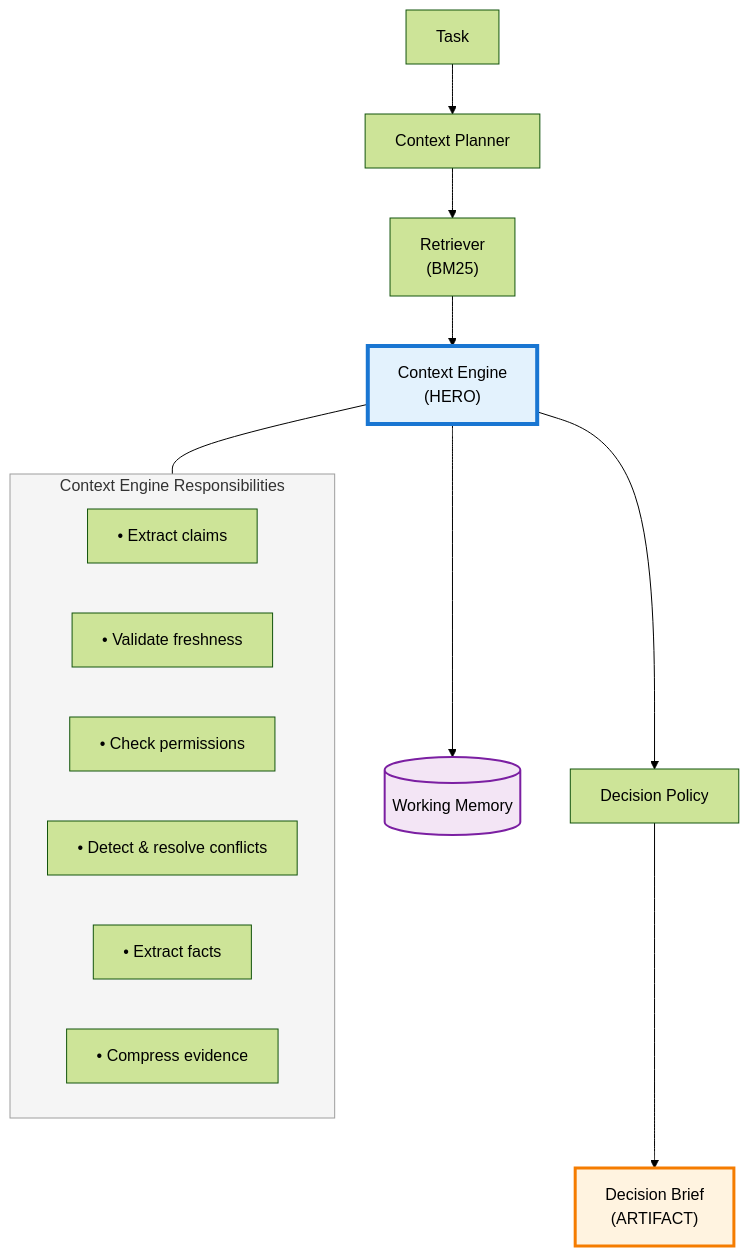
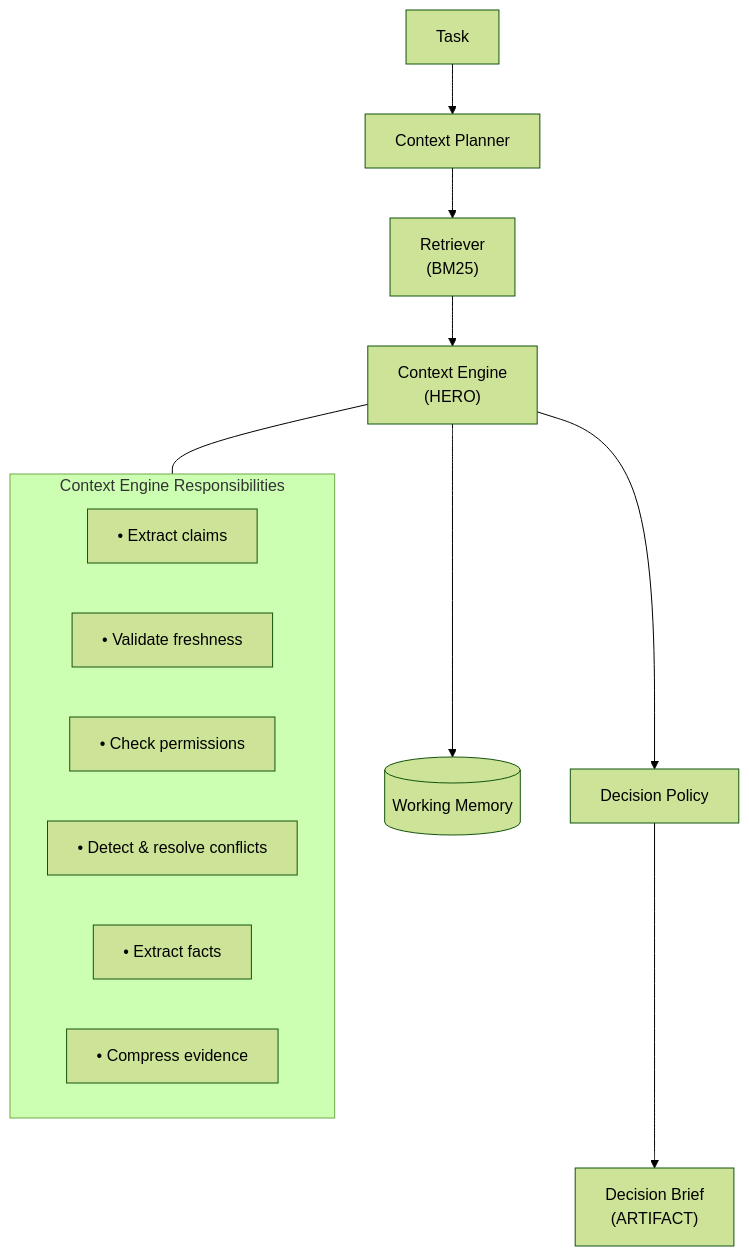
One commit to jyoti-pokhrel/evidence-context-engine changed the diagram in README.md. Above: the diagram before and after it, drawn with Mermaid (forest theme). The commit also changed other lines of this file and 1 other file, not shown here.

````diff
--- a/README.md
+++ b/README.md
@@ -44,25 +44,20 @@
 ```mermaid
 flowchart TD
     Task["Task"] --> Planner["Context Planner"]
     Planner --> Retriever["Retriever<br/>(BM25)"]
     Retriever --> Engine["Context Engine<br/>(HERO)"]
     
     subgraph EngineBox["Context Engine Responsibilities"]
         E1["• Extract claims"]
         E2["• Validate freshness"]
         E3["• Check permissions"]
         E4["• Detect & resolve conflicts"]
         E5["• Extract facts"]
         E6["• Compress evidence"]
     end
     
     Engine --- EngineBox
     Engine --> WM[("Working Memory")]
     Engine --> Policy["Decision Policy"]
     Policy --> Brief["Decision Brief<br/>(ARTIFACT)"]
-    
-    style Engine fill:#e3f2fd,stroke:#1976d2,stroke-width:4px
-    style EngineBox fill:#f5f5f5,stroke:#9e9e9e,stroke-width:1px
-    style Brief fill:#fff3e0,stroke:#f57c00,stroke-width:3px
-    style WM fill:#f3e5f5,stroke:#7b1fa2,stroke-width:2px
 ```
````
